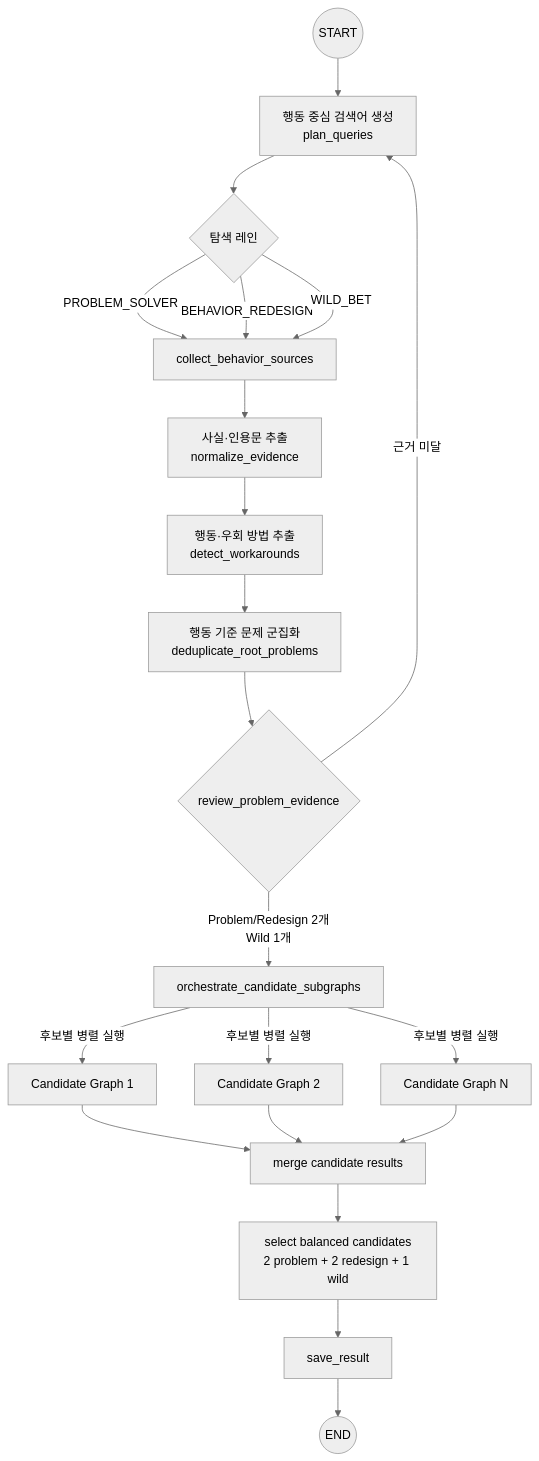
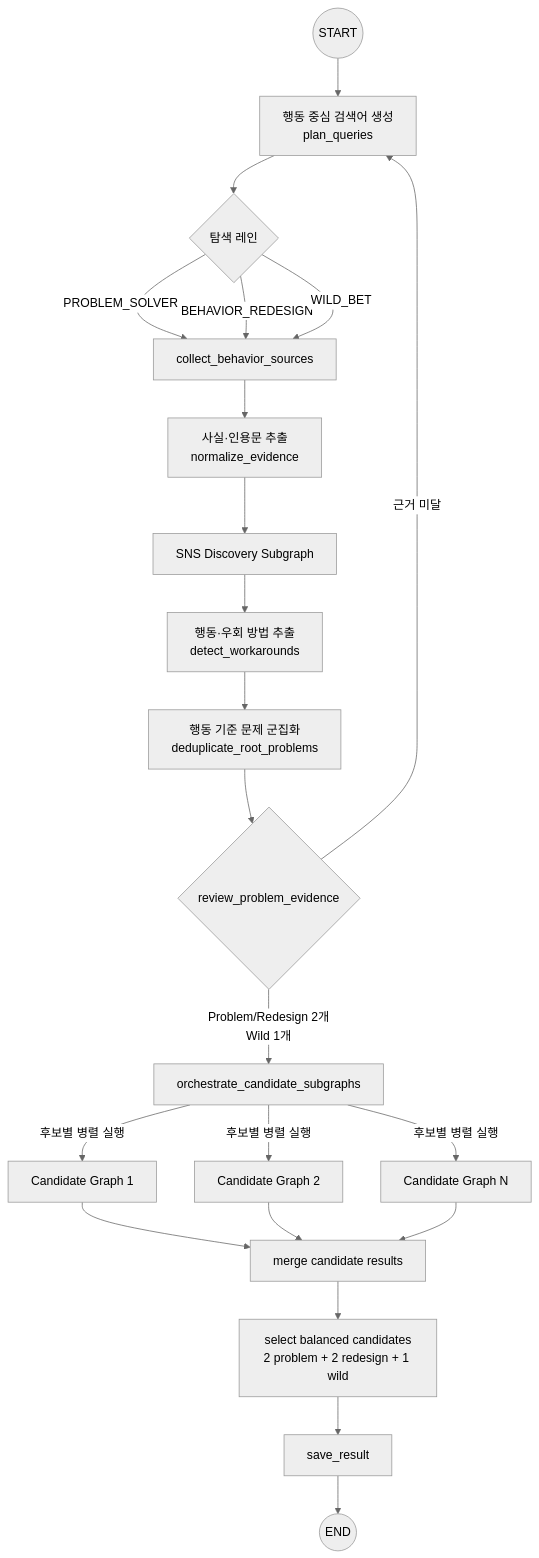
Before and after one commit to sungpyo9053/graph: the first of 7 diagrams in docs/graph-design.md, drawn with Mermaid (neutral theme). The commit also changed other lines of this file and 18 other files, not shown here.

Commit message:
feat: add public social signal discovery graph

````diff
--- a/docs/graph-design.md
+++ b/docs/graph-design.md
@@ -9,23 +9,24 @@
 ```mermaid
 flowchart TD
     S((START)) --> Q[행동 중심 검색어 생성<br/>plan_queries]
     Q --> L{탐색 레인}
     L -->|PROBLEM_SOLVER| C[collect_behavior_sources]
     L -->|BEHAVIOR_REDESIGN| C
     L -->|WILD_BET| C
     C --> N[사실·인용문 추출<br/>normalize_evidence]
-    N --> W[행동·우회 방법 추출<br/>detect_workarounds]
+    N --> SNS[SNS Discovery Subgraph]
+    SNS --> W[행동·우회 방법 추출<br/>detect_workarounds]
     W --> D[행동 기준 문제 군집화<br/>deduplicate_root_problems]
     D --> G{review_problem_evidence}
     G -->|근거 미달| Q
     G -->|Problem/Redesign 2개<br/>Wild 1개| O[orchestrate_candidate_subgraphs]
     O -->|후보별 병렬 실행| P1[Candidate Graph 1]
     O -->|후보별 병렬 실행| P2[Candidate Graph 2]
     O -->|후보별 병렬 실행| PN[Candidate Graph N]
     P1 --> M[merge candidate results]
     P2 --> M
     PN --> M
     M --> R[select balanced candidates<br/>2 problem + 2 redesign + 1 wild]
     R --> V[save_result]
     V --> E((END))
 ```
````
